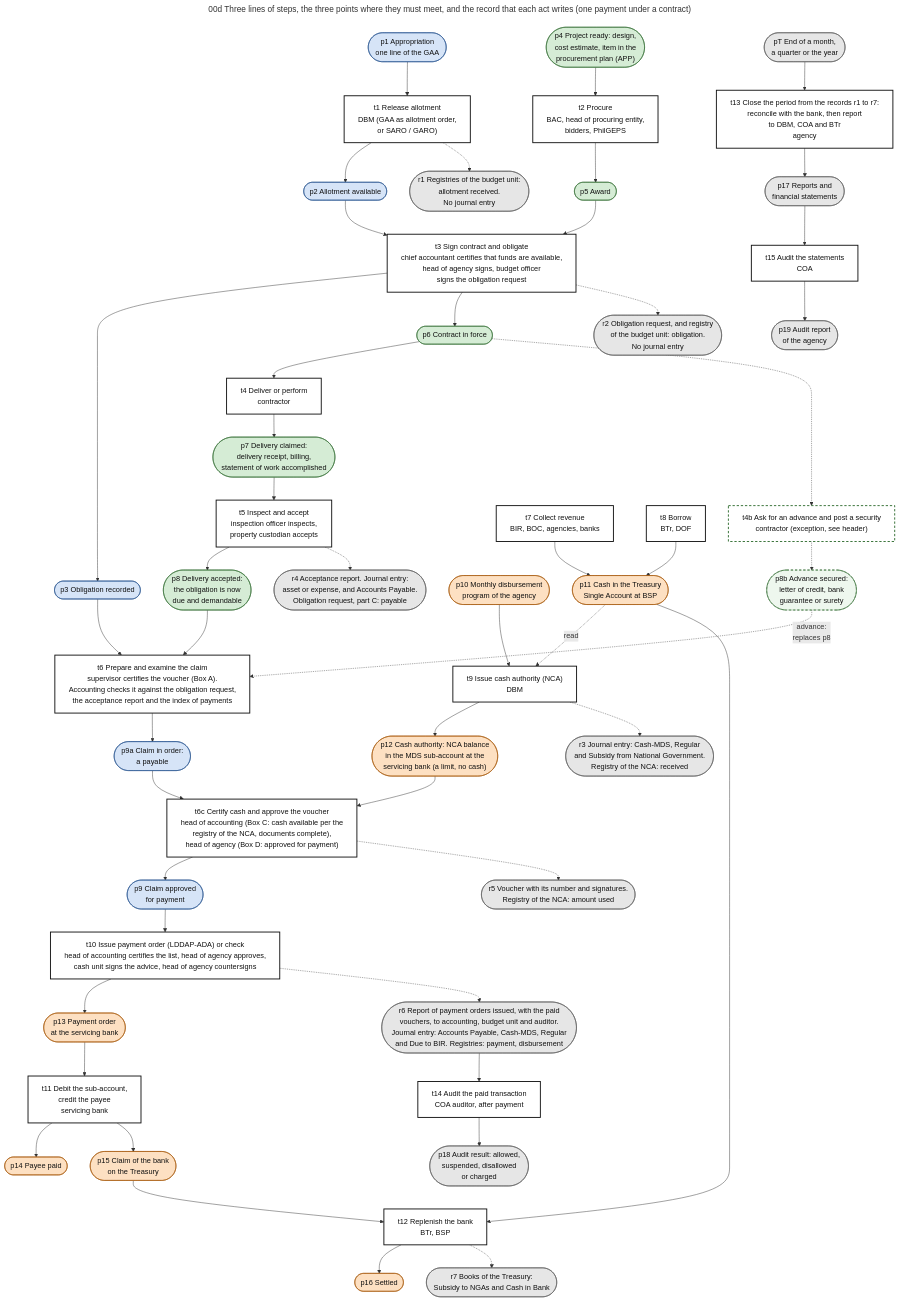
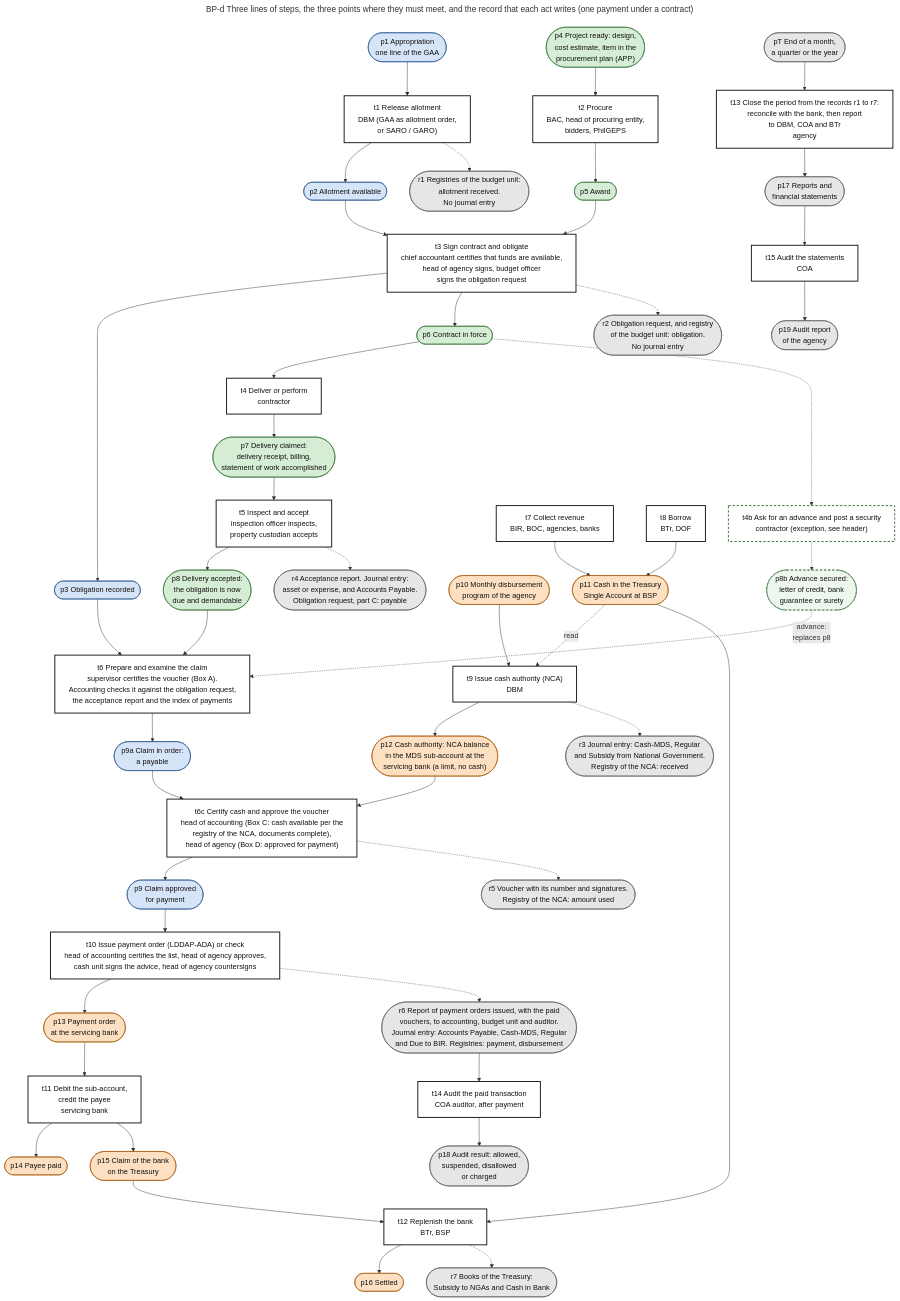
One commit to miraflor/philippine-pfm-atlas changed the fourth of 8 diagrams in docs/atlas/00_BIG_PICTURE.md. Above: the diagram before and after it, drawn with Mermaid. The commit also changed other lines of this file and 1266 other files, not shown here.

````diff
--- a/docs/atlas/00_BIG_PICTURE.md
+++ b/docs/atlas/00_BIG_PICTURE.md
@@ -527,6 +527,6 @@
 ```mermaid
 ---
-title: "00d  Three lines of steps, the three points where they must meet, and the record that each act writes (one payment under a contract)"
+title: "BP-d  Three lines of steps, the three points where they must meet, and the record that each act writes (one payment under a contract)"
 config:
   flowchart:
     wrappingWidth: 460
````
